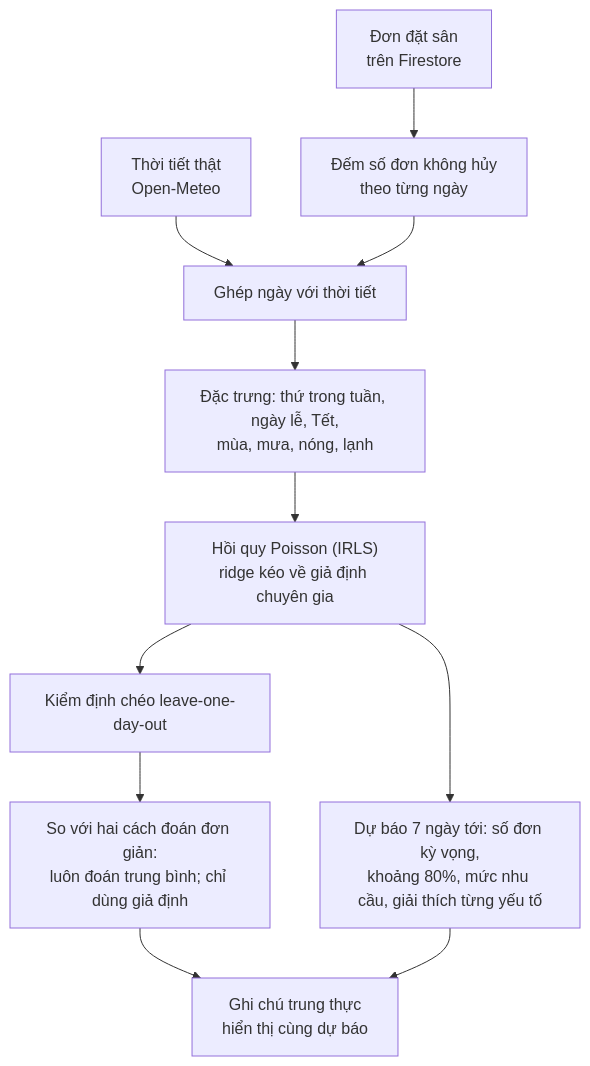
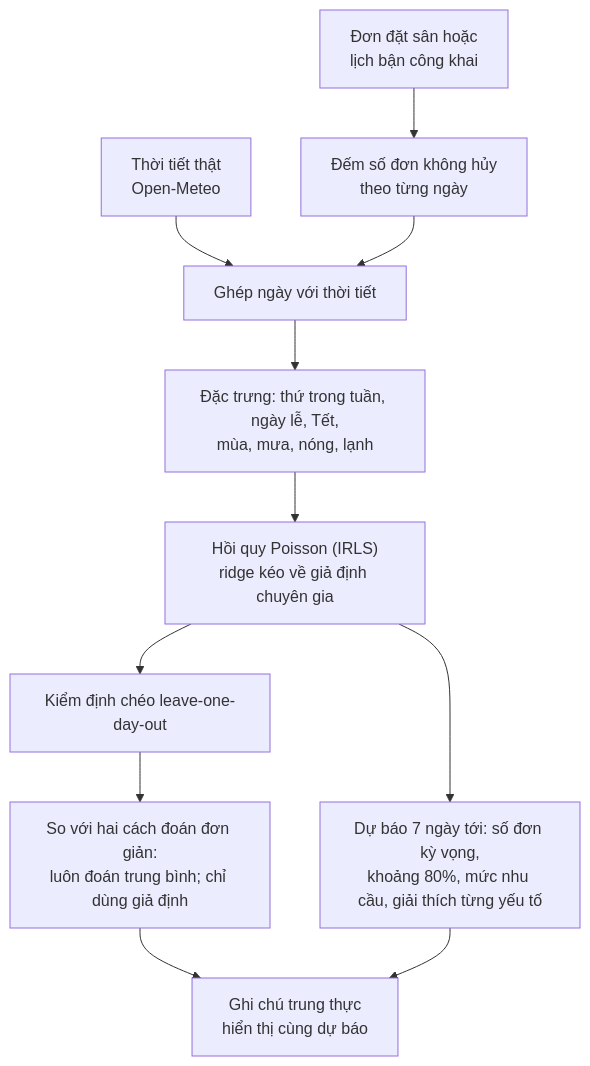
Before and after one commit to dinhngochuy2909/DoAnTotNghiep: the diagram in docs/diagrams/nguon/du-bao-so-don.mmd, drawn with Mermaid. The commit also changed 12 other files, not shown here.

```diff
--- a/docs/diagrams/nguon/du-bao-so-don.mmd
+++ b/docs/diagrams/nguon/du-bao-so-don.mmd
@@ -1,11 +1,11 @@
 flowchart TB
-  A["Đơn đặt sân<br/>trên Firestore"] --> B["Đếm số đơn không hủy<br/>theo từng ngày"]
+  A["Đơn đặt sân hoặc<br/>lịch bận công khai"] --> B["Đếm số đơn không hủy<br/>theo từng ngày"]
   W["Thời tiết thật<br/>Open-Meteo"] --> C
   B --> C["Ghép ngày với thời tiết"]
   C --> D["Đặc trưng: thứ trong tuần, ngày lễ, Tết,<br/>mùa, mưa, nóng, lạnh"]
   D --> E["Hồi quy Poisson (IRLS)<br/>ridge kéo về giả định chuyên gia"]
   E --> F["Kiểm định chéo leave-one-day-out"]
   F --> G["So với hai cách đoán đơn giản:<br/>luôn đoán trung bình; chỉ dùng giả định"]
   E --> H["Dự báo 7 ngày tới: số đơn kỳ vọng,<br/>khoảng 80%, mức nhu cầu, giải thích từng yếu tố"]
   G --> I["Ghi chú trung thực<br/>hiển thị cùng dự báo"]
   H --> I
```
